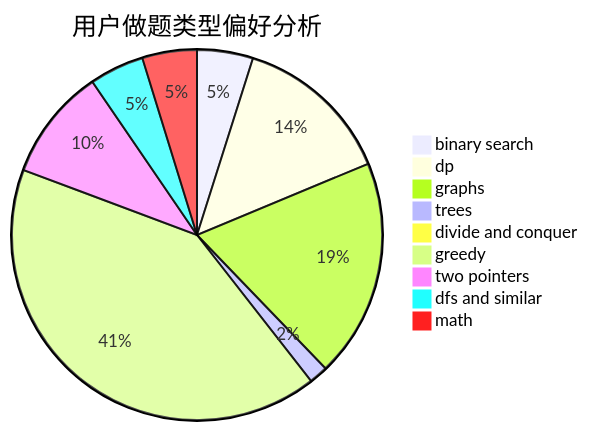
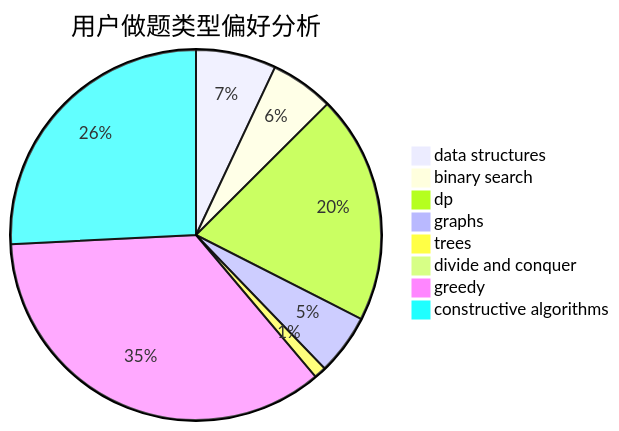
One commit to sherpahu/cfrs.github.io changed the second of 3 diagrams in docs/user/u203.md. Above: the diagram before and after it, drawn with Mermaid. The commit also changed other lines of this file and 2775 other files, not shown here.

````diff
--- a/docs/user/u203.md
+++ b/docs/user/u203.md
@@ -23,12 +23,11 @@
 ```mermaid
 pie title 用户做题类型偏好分析
-    "binary search" :  86
-    "dp" :  244
-    "graphs" :  336
-    "trees" :  29
-    "divide and conquer" :  8
-    "greedy" :  727
-    "two pointers" :  172
-    "dfs and similar" :  84
-    "math" :  84
+    "data structures" :  66
+    "binary search" :  52
+    "dp" :  188
+    "graphs" :  50
+    "trees" :  10
+    "divide and conquer" :  1
+    "greedy" :  333
+    "constructive algorithms" :  243
 ```
````
